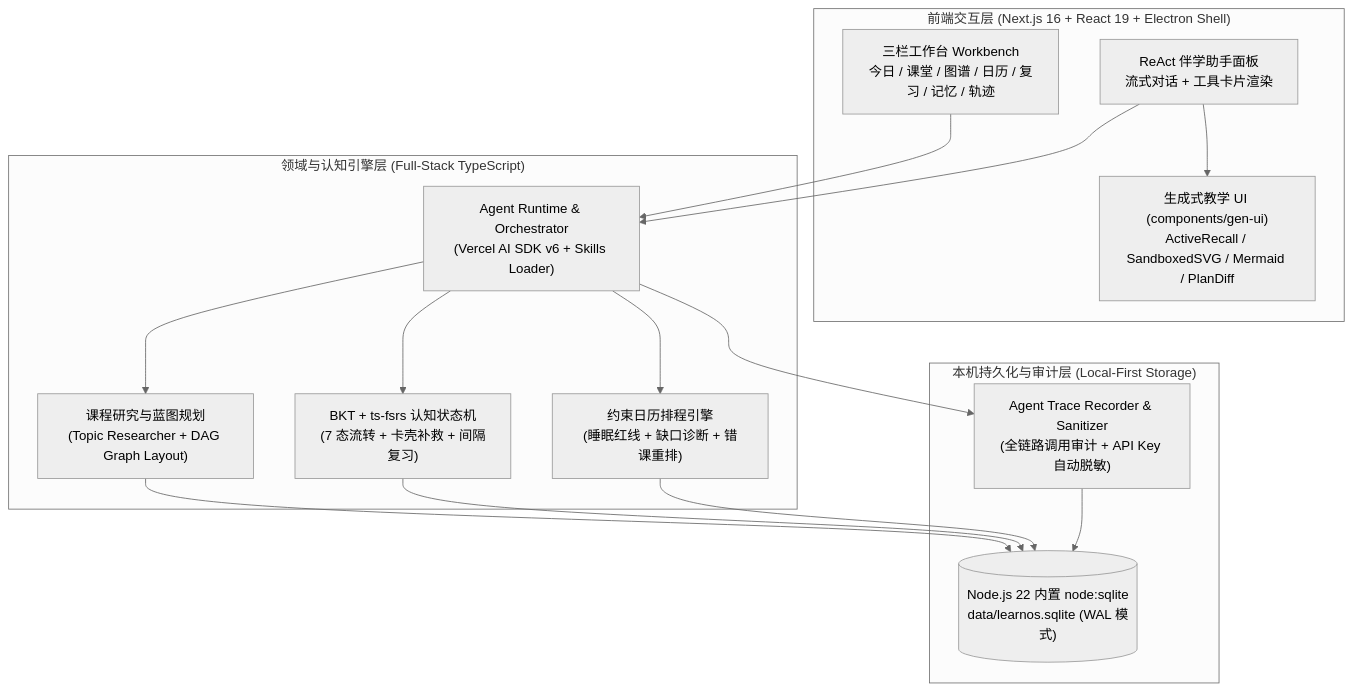
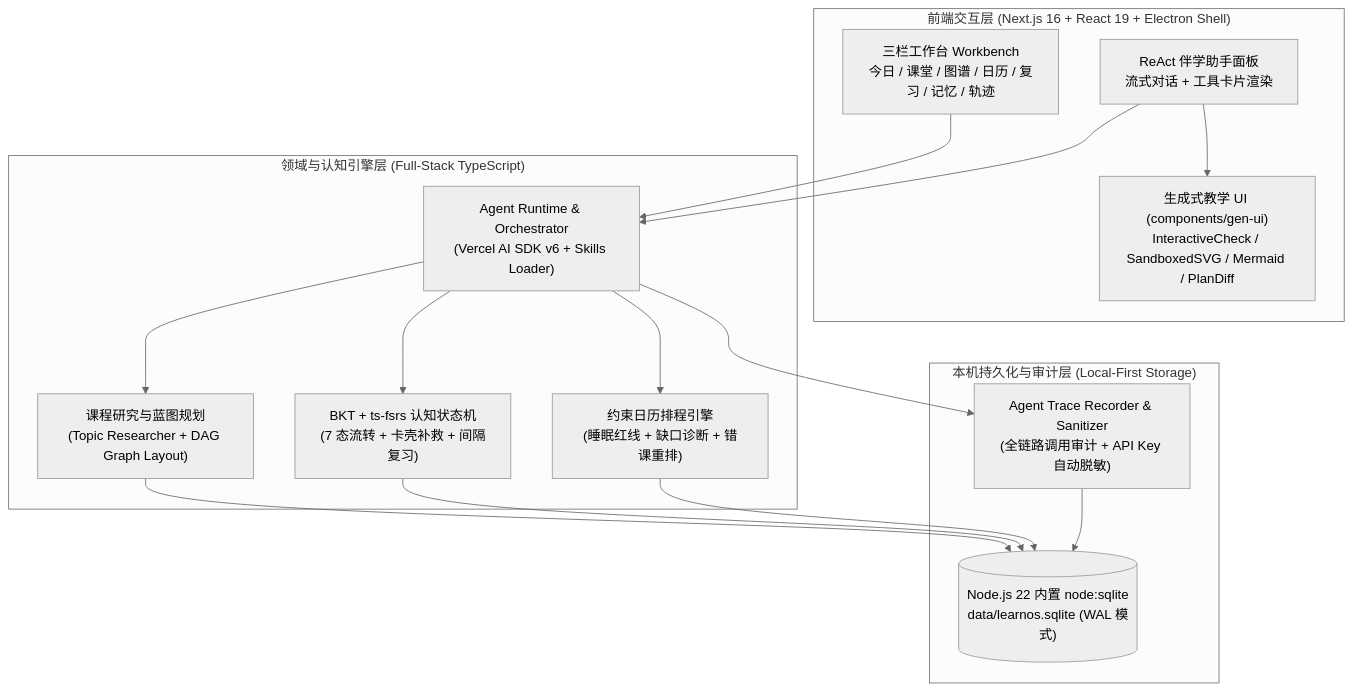
Before and after one commit to mengliuyang123/xuejing-learning-os: the diagram in README.md, drawn with Mermaid (neutral theme). The commit also changed other lines of this file and 15 other files, not shown here.

````diff
--- a/README.md
+++ b/README.md
@@ -83,32 +136,32 @@
 ```mermaid
 flowchart TB
   subgraph UI["前端交互层 (Next.js 16 + React 19 + Electron Shell)"]
     WB["三栏工作台 Workbench<br/>今日 / 课堂 / 图谱 / 日历 / 复习 / 记忆 / 轨迹"]
     COPILOT["ReAct 伴学助手面板<br/>流式对话 + 工具卡片渲染"]
-    GENUI["生成式教学 UI (components/gen-ui)<br/>ActiveRecall / SandboxedSVG / Mermaid / PlanDiff"]
+    GENUI["生成式教学 UI (components/gen-ui)<br/>InteractiveCheck / SandboxedSVG / Mermaid / PlanDiff"]
   end
 
   subgraph ENGINE["领域与认知引擎层 (Full-Stack TypeScript)"]
     RUNTIME["Agent Runtime & Orchestrator<br/>(Vercel AI SDK v6 + Skills Loader)"]
     CURRICULUM["课程研究与蓝图规划<br/>(Topic Researcher + DAG Graph Layout)"]
     COGNITION["BKT + ts-fsrs 认知状态机<br/>(7 态流转 + 卡壳补救 + 间隔复习)"]
     SCHEDULER["约束日历排程引擎<br/>(睡眠红线 + 缺口诊断 + 错课重排)"]
   end
 
   subgraph DATA["本机持久化与审计层 (Local-First Storage)"]
     SQLITE[("Node.js 22 内置 node:sqlite<br/>data/learnos.sqlite (WAL 模式)")]
     TRACE["Agent Trace Recorder & Sanitizer<br/>(全链路调用审计 + API Key 自动脱敏)"]
   end
 
   WB --> RUNTIME
   COPILOT --> RUNTIME
   COPILOT --> GENUI
   RUNTIME --> CURRICULUM
   RUNTIME --> COGNITION
   RUNTIME --> SCHEDULER
   CURRICULUM --> SQLITE
   COGNITION --> SQLITE
   SCHEDULER --> SQLITE
   RUNTIME --> TRACE
   TRACE --> SQLITE
 ```
````
